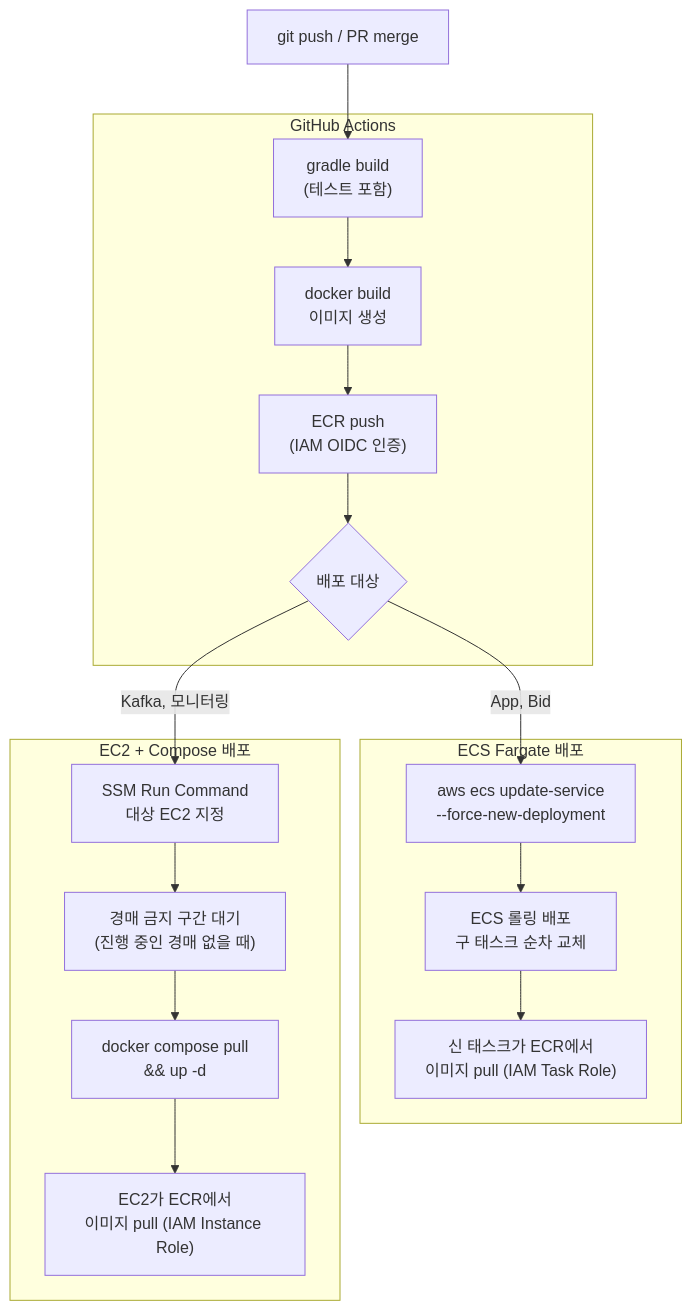
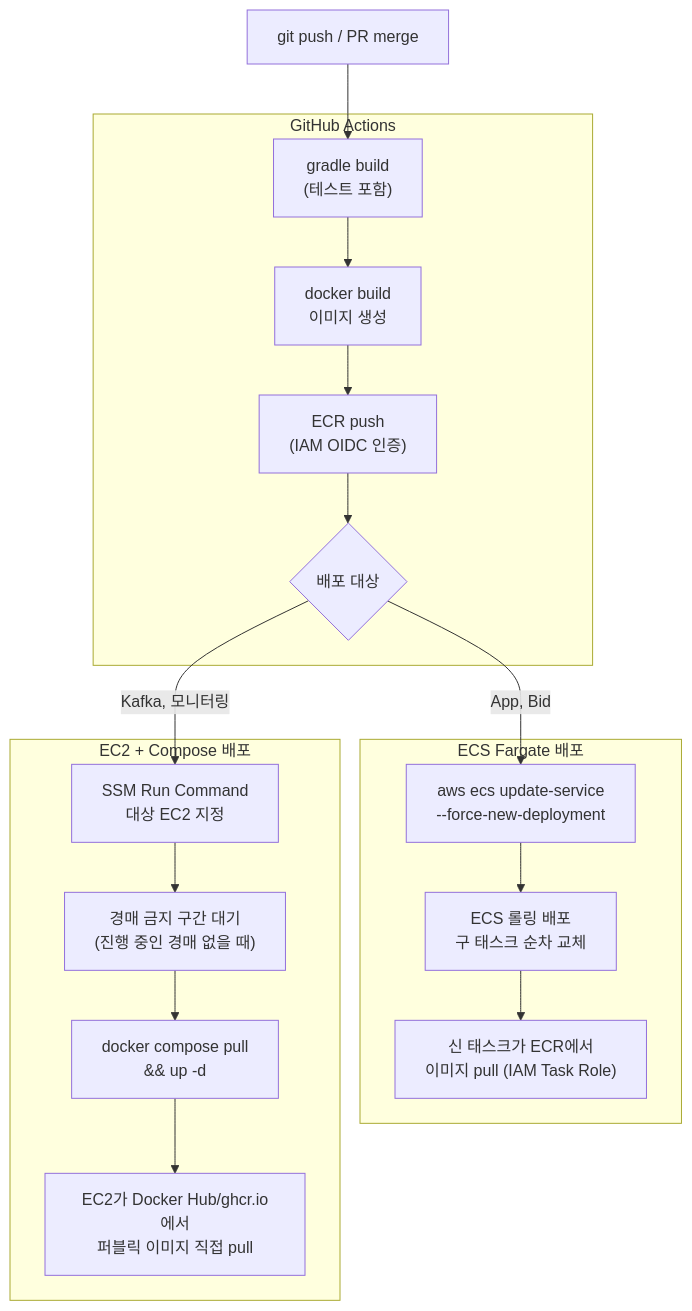
Before and after one commit to BankRupang/san-ji-jik-kyeng: the diagram in docs/INFRASTRUCTURE.md, drawn with Mermaid. The commit also changed other lines of this file, not shown here.

````diff
--- a/docs/INFRASTRUCTURE.md
+++ b/docs/INFRASTRUCTURE.md
@@ -579,27 +567,27 @@
 ```mermaid
 flowchart TD
     push[git push / PR merge] --> build
 
     subgraph GHA["GitHub Actions"]
         build["gradle build<br>(테스트 포함)"]
         build --> docker["docker build<br>이미지 생성"]
         docker --> ecr["ECR push<br>(IAM OIDC 인증)"]
         ecr --> branch{배포 대상}
     end
 
     branch -->|App, Bid| ecs
     branch -->|Kafka, 모니터링| ssm
 
     subgraph ECS_DEPLOY["ECS Fargate 배포"]
         ecs["aws ecs update-service<br>--force-new-deployment"]
         ecs --> rolling["ECS 롤링 배포<br>구 태스크 순차 교체"]
         rolling --> pull_ecs["신 태스크가 ECR에서<br>이미지 pull (IAM Task Role)"]
     end
 
     subgraph EC2_DEPLOY["EC2 + Compose 배포"]
         ssm["SSM Run Command<br>대상 EC2 지정"]
         ssm --> window["경매 금지 구간 대기<br>(진행 중인 경매 없을 때)"]
         window --> compose["docker compose pull<br>&& up -d"]
-        compose --> pull_ec2["EC2가 ECR에서<br>이미지 pull (IAM Instance Role)"]
+        compose --> pull_ec2["EC2가 Docker Hub/ghcr.io에서<br>퍼블릭 이미지 직접 pull"]
     end
 ```
````
